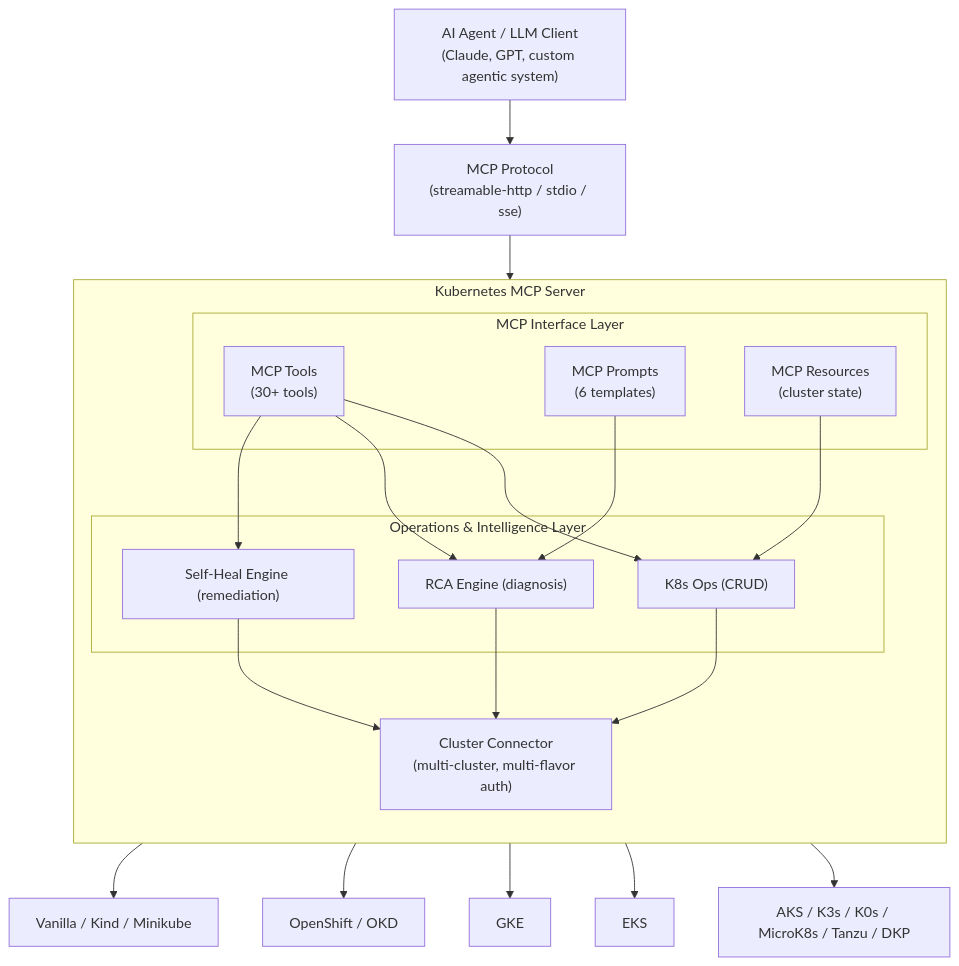
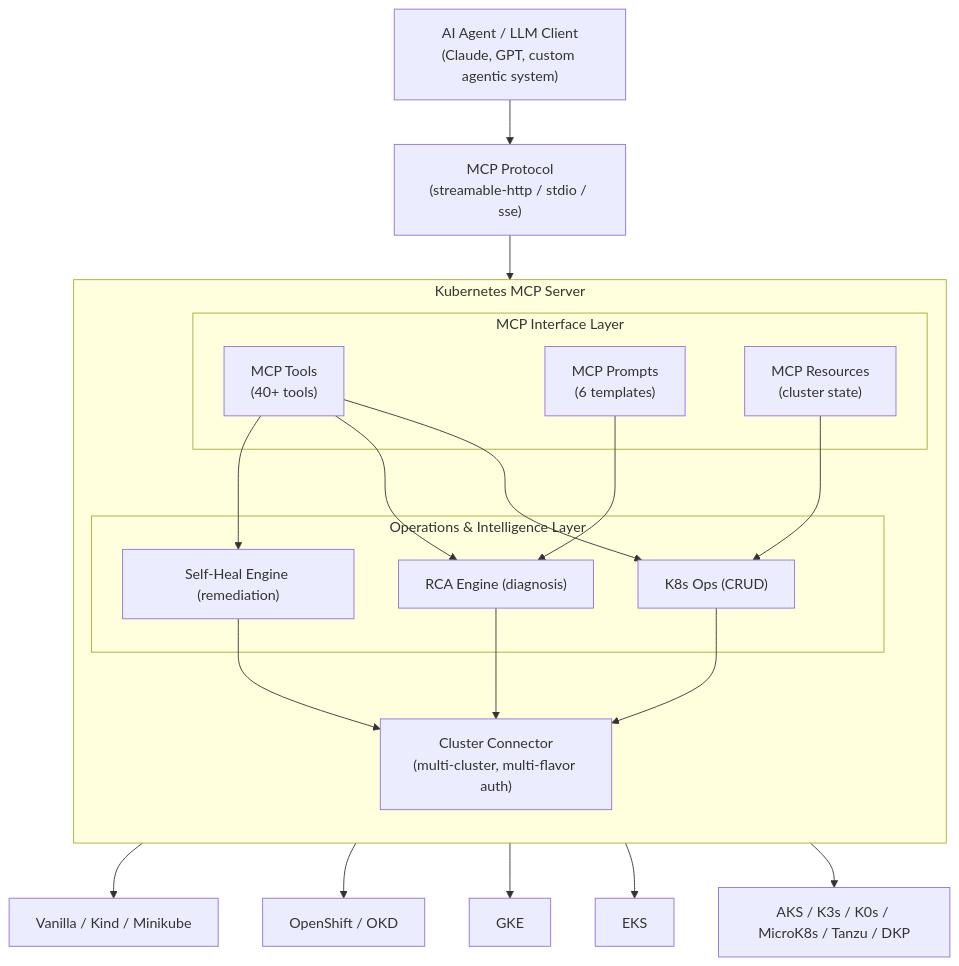
One commit to abhitall/kubernetes-mcp changed the first of 6 diagrams in README.md. Above: the diagram before and after it, drawn with Mermaid. The commit also changed other lines of this file and 19 other files, not shown here.

````diff
--- a/README.md
+++ b/README.md
@@ -45,39 +46,39 @@
 ```mermaid
 flowchart TB
   Agent["AI Agent / LLM Client<br/>(Claude, GPT, custom agentic system)"]
   Transport["MCP Protocol<br/>(streamable-http / stdio / sse)"]
   Agent --> Transport
 
   subgraph MCP["Kubernetes MCP Server"]
     direction TB
     subgraph Interface["MCP Interface Layer"]
-      Tools["MCP Tools<br/>(30+ tools)"]
+      Tools["MCP Tools<br/>(40+ tools)"]
       Prompts["MCP Prompts<br/>(6 templates)"]
       Resources["MCP Resources<br/>(cluster state)"]
     end
 
     subgraph Logic["Operations & Intelligence Layer"]
       K8sOps["K8s Ops (CRUD)"]
       RCA["RCA Engine (diagnosis)"]
       Heal["Self-Heal Engine (remediation)"]
     end
 
     Connector["Cluster Connector<br/>(multi-cluster, multi-flavor auth)"]
 
     Tools --> K8sOps
     Tools --> RCA
     Tools --> Heal
     Prompts --> RCA
     Resources --> K8sOps
     K8sOps --> Connector
     RCA --> Connector
     Heal --> Connector
   end
 
   Transport --> MCP
   Connector --> Vanilla["Vanilla / Kind / Minikube"]
   Connector --> OpenShift["OpenShift / OKD"]
   Connector --> GKE["GKE"]
   Connector --> EKS["EKS"]
   Connector --> Others["AKS / K3s / K0s / MicroK8s / Tanzu / DKP"]
 ```
````
